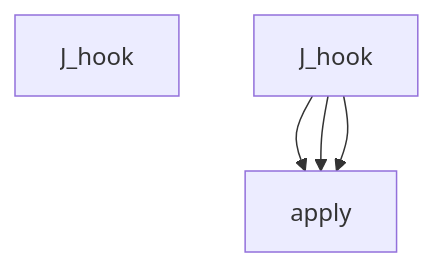
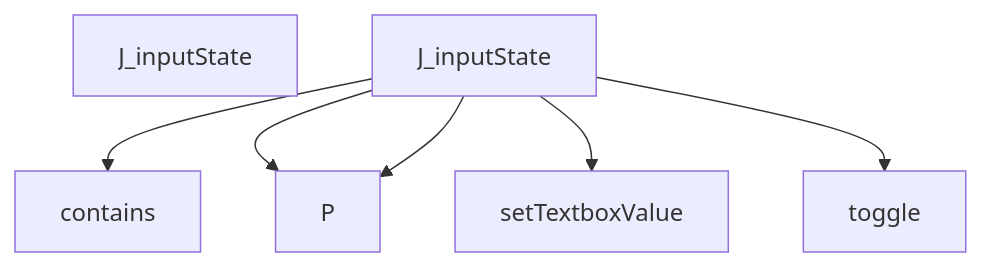
Diagram 17 of 27 in docs/DATA_FLOW.md (hazalkoom/DECODEx01), drawn with Mermaid before and after one commit. The commit also changed other lines of this file and 8 other files, not shown here.

````diff
--- a/docs/DATA_FLOW.md
+++ b/docs/DATA_FLOW.md
@@ -717,17 +605,25 @@
 ```mermaid
 graph TD
-    Start[J_hook]
+    Start[J_inputState]
 
 
-    J_hook --> apply
+    J_inputState --> contains
 
 
 
-    J_hook --> apply
+    J_inputState --> P
 
 
 
-    J_hook --> apply
+    J_inputState --> setTextboxValue
+
+
+
+    J_inputState --> P
+
+
+
+    J_inputState --> toggle
 
 
 ```
````
